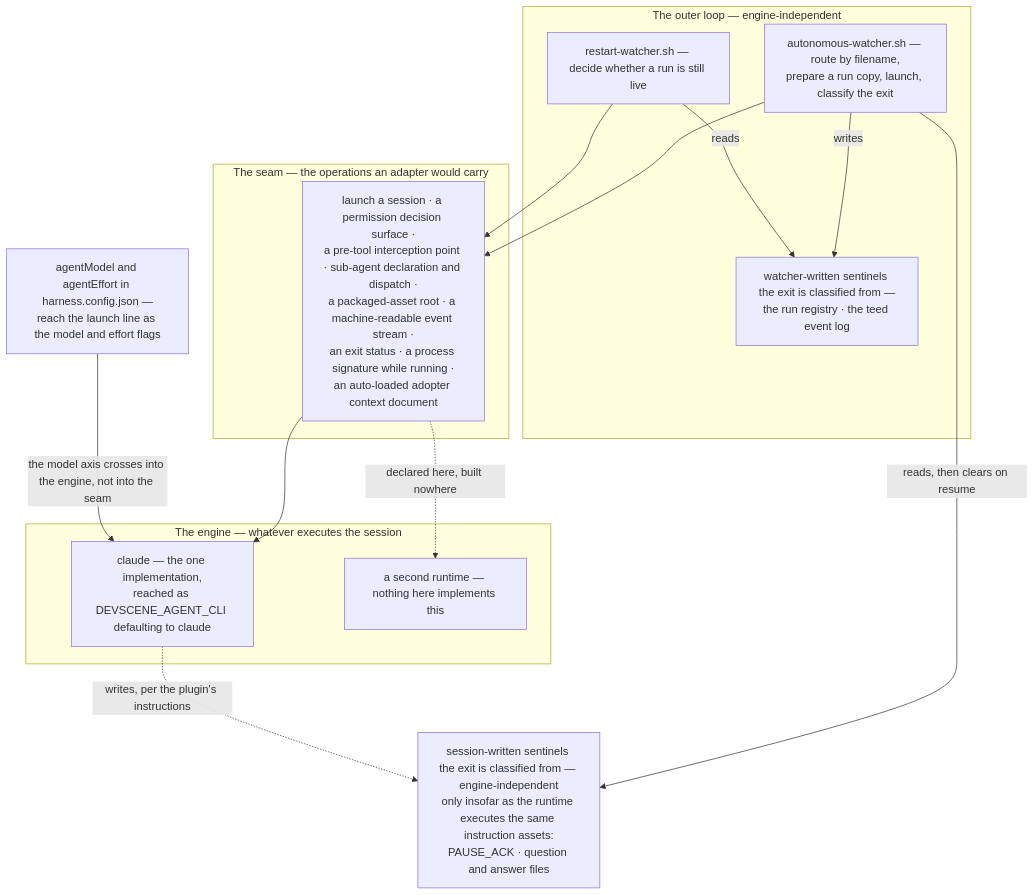
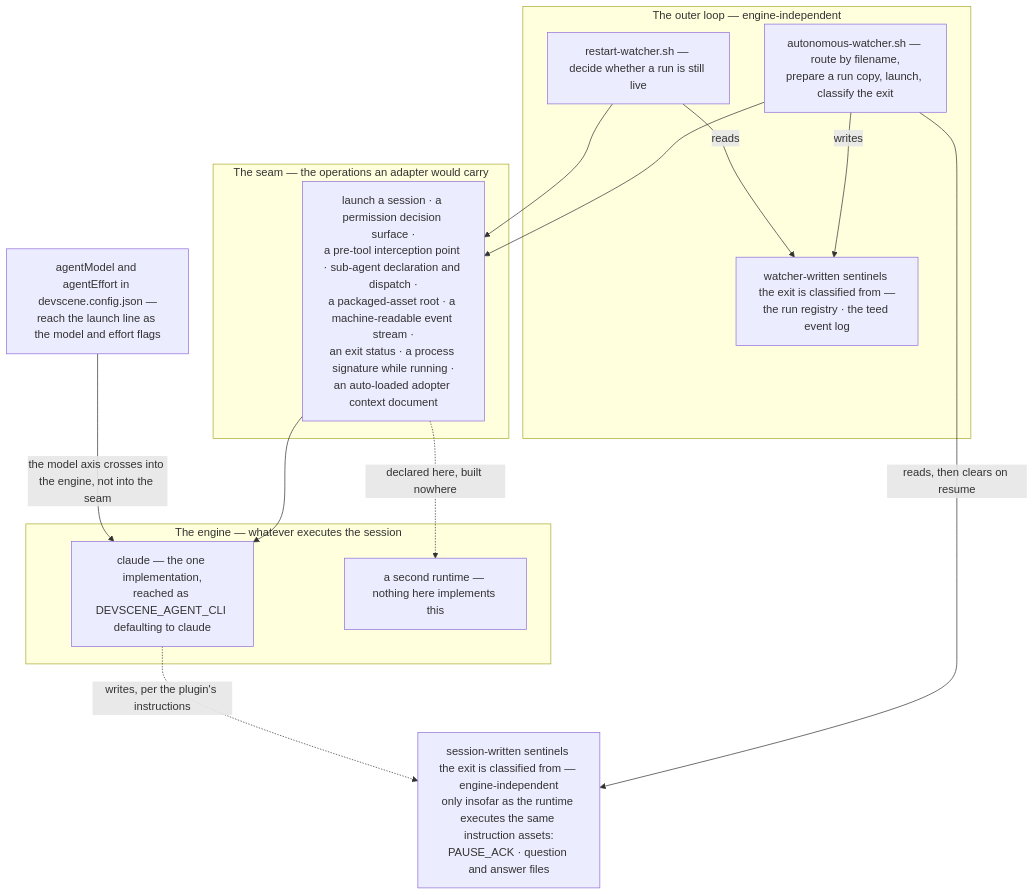
Before and after one commit to firu-daniel/autonomous-sdlc-harness: the diagram in ARCHITECTURE.md, drawn with Mermaid. The commit also changed other lines of this file and 5 other files, not shown here.

````diff
--- a/ARCHITECTURE.md
+++ b/ARCHITECTURE.md
@@ -128,25 +128,25 @@
 ```mermaid
 flowchart TB
   subgraph outer["The outer loop — engine-independent"]
     W["autonomous-watcher.sh — route by filename,<br/>prepare a run copy, launch, classify the exit"]
     R["restart-watcher.sh — decide whether a run is still live"]
     A["watcher-written sentinels the exit is classified from —<br/>the run registry · the teed event log"]
   end
   P["session-written sentinels the exit is classified from — engine-independent<br/>only insofar as the runtime executes the same instruction assets:<br/>PAUSE_ACK · question and answer files"]
   subgraph seam["The seam — the operations an adapter would carry"]
     S["launch a session · a permission decision surface ·<br/>a pre-tool interception point · sub-agent declaration and dispatch ·<br/>a packaged-asset root · a machine-readable event stream ·<br/>an exit status · a process signature while running ·<br/>an auto-loaded adopter context document"]
   end
   subgraph engines["The engine — whatever executes the session"]
     E1["claude — the one implementation,<br/>reached as DEVSCENE_AGENT_CLI defaulting to claude"]
     E2["a second runtime — nothing here implements this"]
   end
   W -->|"writes"| A
   R -->|reads| A
   W -->|"reads, then clears on resume"| P
   W --> S
   R --> S
   S --> E1
   E1 -.->|"writes, per the plugin's instructions"| P
   S -.->|"declared here, built nowhere"| E2
-  M["agentModel and agentEffort in harness.config.json —<br/>reach the launch line as the model and effort flags"] -->|"the model axis crosses into the engine, not into the seam"| E1
+  M["agentModel and agentEffort in devscene.config.json —<br/>reach the launch line as the model and effort flags"] -->|"the model axis crosses into the engine, not into the seam"| E1
 ```
````
